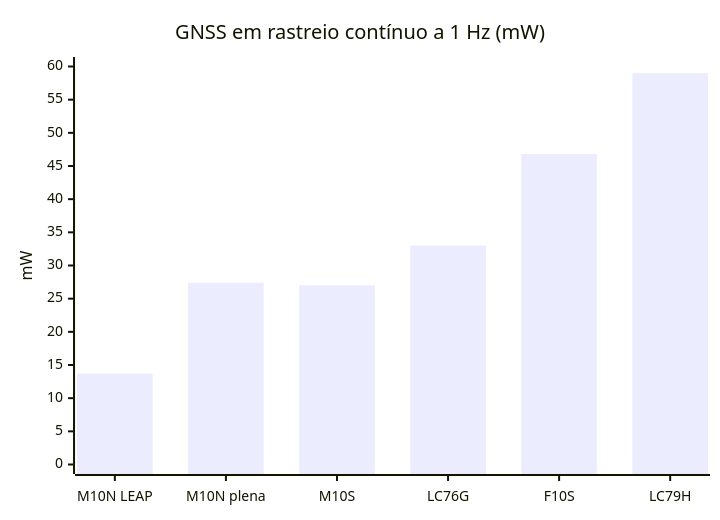
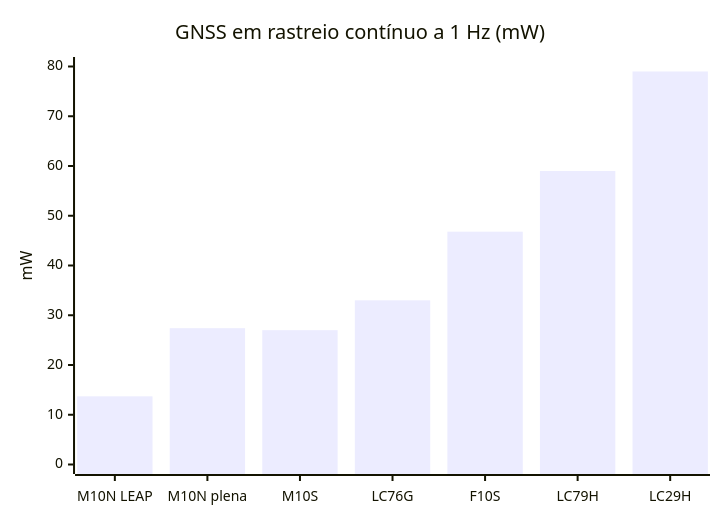
The third of 3 diagrams in docs/15-avaliacao-componentes.md (Guiimartinho/gnss-bike-computer), drawn with Mermaid before and after one commit. The commit also changed other lines of this file and 23 other files, not shown here.

````diff
--- a/docs/15-avaliacao-componentes.md
+++ b/docs/15-avaliacao-componentes.md
@@ -201,7 +202,7 @@
 ```mermaid
 xychart-beta
     title "GNSS em rastreio contínuo a 1 Hz (mW)"
-    x-axis ["M10N LEAP", "M10N plena", "M10S", "LC76G", "F10S", "LC79H"]
-    y-axis "mW" 0 --> 60
-    bar [13.7, 27.4, 27, 33, 46.8, 59]
+    x-axis ["M10N LEAP", "M10N plena", "M10S", "LC76G", "F10S", "LC79H", "LC29H"]
+    y-axis "mW" 0 --> 80
+    bar [13.7, 27.4, 27, 33, 46.8, 59, 79]
 ```
````
